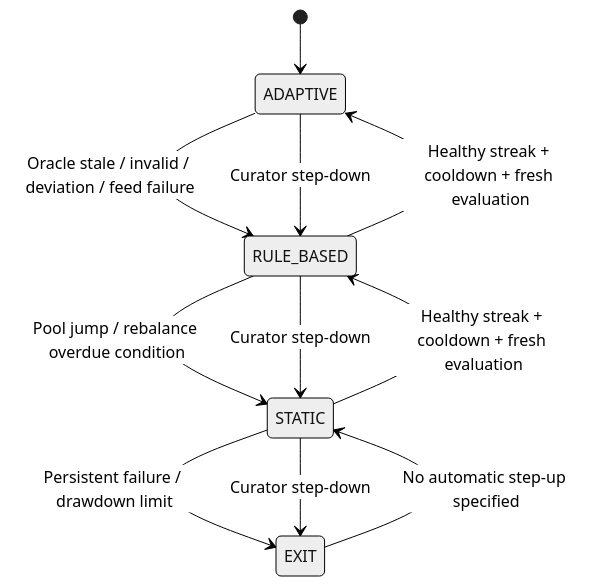
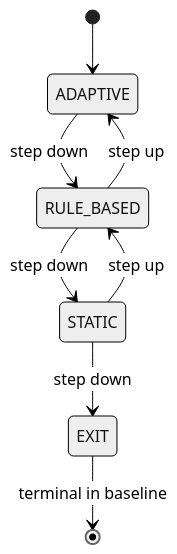
One commit to beebozy/Keel changed the second of 2 diagrams in architecture.md. Above: the diagram before and after it, drawn with Mermaid (neutral theme). The commit also changed other lines of this file and 43 other files, not shown here.

````diff
--- a/architecture.md
+++ b/architecture.md
@@ -207,13 +184,10 @@
 ```mermaid
 stateDiagram-v2
     [*] --> ADAPTIVE
-    ADAPTIVE --> RULE_BASED: Oracle stale / invalid / deviation / feed failure
-    RULE_BASED --> STATIC: Pool jump / rebalance overdue condition
-    STATIC --> EXIT: Persistent failure / drawdown limit
-    ADAPTIVE --> RULE_BASED: Curator step-down
-    RULE_BASED --> STATIC: Curator step-down
-    STATIC --> EXIT: Curator step-down
-    RULE_BASED --> ADAPTIVE: Healthy streak + cooldown + fresh evaluation
-    STATIC --> RULE_BASED: Healthy streak + cooldown + fresh evaluation
-    EXIT --> STATIC: No automatic step-up specified
+    ADAPTIVE --> RULE_BASED: step down
+    RULE_BASED --> STATIC: step down
+    STATIC --> EXIT: step down
+    RULE_BASED --> ADAPTIVE: step up
+    STATIC --> RULE_BASED: step up
+    EXIT --> [*]: terminal in baseline
 ```
````
